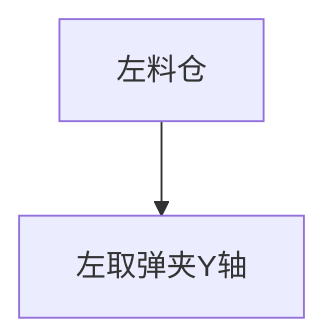
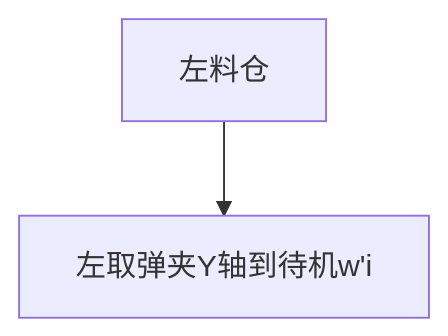
The diagram in all/VR-OP90左料仓.md (zmq000/iodraw-files), drawn with Mermaid before and after one commit.

Commit message:
2026-06-18 08:33:17 update

````diff
--- a/all/VR-OP90左料仓.md
+++ b/all/VR-OP90左料仓.md
@@ -1,5 +1,5 @@
 ```mermaid
 graph TD
 0[左料仓]-->10
-10[左取弹夹Y轴]
+10[左取弹夹Y轴到待机w'i]
 ```
````
